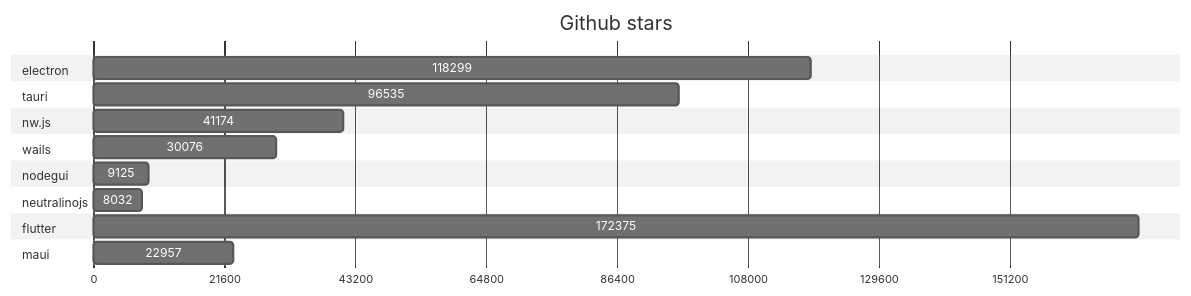
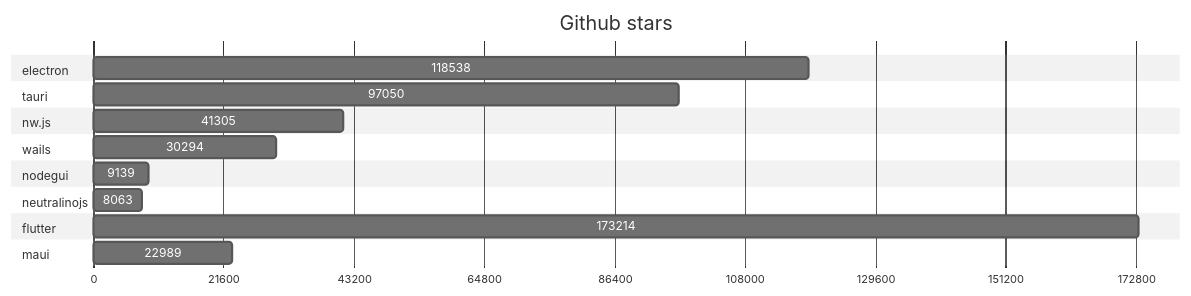
The first of 2 diagrams in GRAPHS.md (Elanis/web-to-desktop-framework-comparison), drawn with Mermaid (neutral theme) before and after one commit. The commit also changed other lines of this file and 2 other files, not shown here.

Commit message:
Update stars & Fork

````diff
--- a/GRAPHS.md
+++ b/GRAPHS.md
@@ -5,40 +5,40 @@
 ```mermaid
 gantt
     title Github stars
     dateFormat  X
     axisFormat %s
 
 
 	section electron
-	118299 : 0, 118299
+	118538 : 0, 118538
 
 	
 	section tauri
-	96535 : 0, 96535
+	97050 : 0, 97050
 
 	
 	section nw.js
-	41174 : 0, 41174
+	41305 : 0, 41305
 
 	
 	section wails
-	30076 : 0, 30076
+	30294 : 0, 30294
 
 	
 	section nodegui
-	9125 : 0, 9125
+	9139 : 0, 9139
 
 	
 	section neutralinojs
-	8032 : 0, 8032
+	8063 : 0, 8063
 
 	
 	section flutter
-	172375 : 0, 172375
+	173214 : 0, 173214
 
 	
 	section maui
-	22957 : 0, 22957
+	22989 : 0, 22989
 
 	
 ```
````
